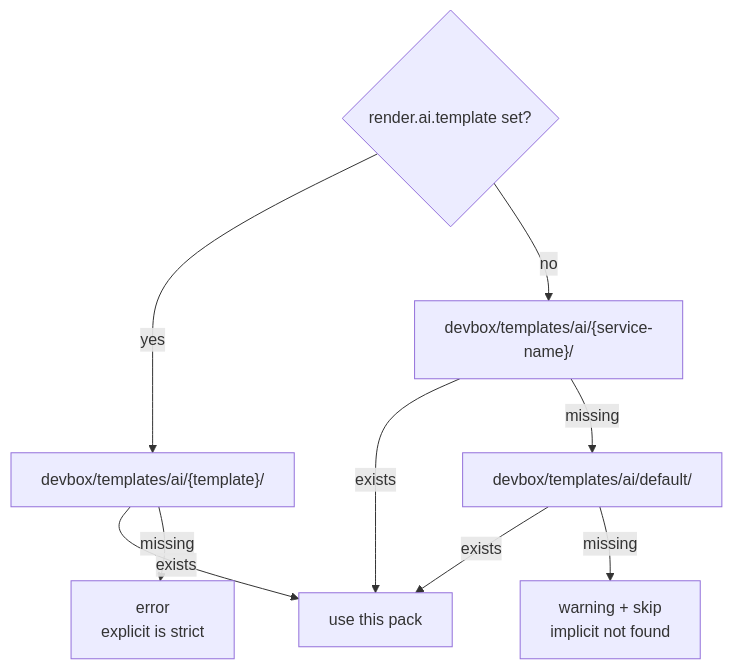
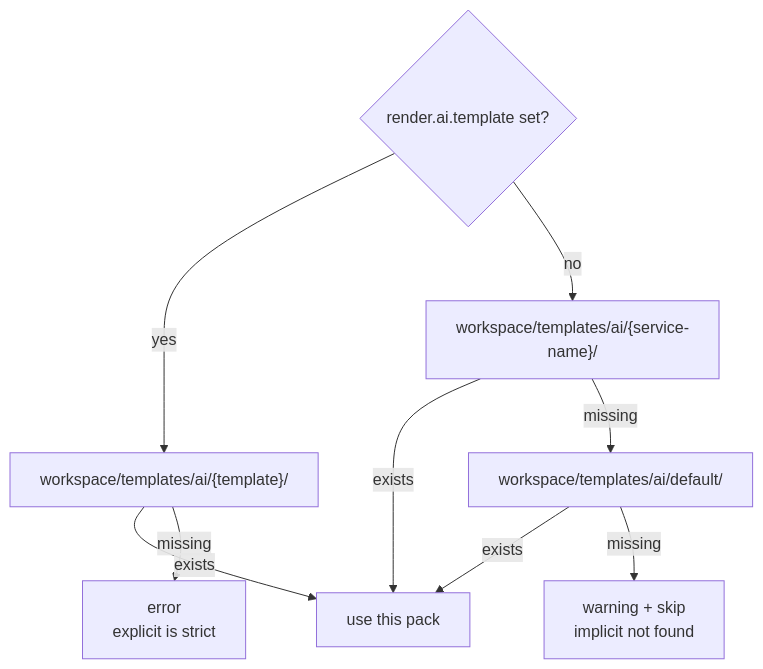
One commit to semsemyonoff/dwe changed the third of 3 diagrams in docs/reference/render/ai.md. Above: the diagram before and after it, drawn with Mermaid. The commit also changed other lines of this file and 113 other files, not shown here.

````diff
--- a/docs/reference/render/ai.md
+++ b/docs/reference/render/ai.md
@@ -122,12 +122,12 @@
 ```mermaid
 flowchart TD
   S{"render.ai.template set?"}
-  S -- yes --> EX["devbox/templates/ai/{template}/"]
+  S -- yes --> EX["workspace/templates/ai/{template}/"]
   EX -- exists --> USE["use this pack"]
   EX -- missing --> ERR["error<br/>explicit is strict"]
-  S -- no --> SN["devbox/templates/ai/{service-name}/"]
+  S -- no --> SN["workspace/templates/ai/{service-name}/"]
   SN -- exists --> USE
-  SN -- missing --> DEF["devbox/templates/ai/default/"]
+  SN -- missing --> DEF["workspace/templates/ai/default/"]
   DEF -- exists --> USE
   DEF -- missing --> WARN["warning + skip<br/>implicit not found"]
 ```
````
